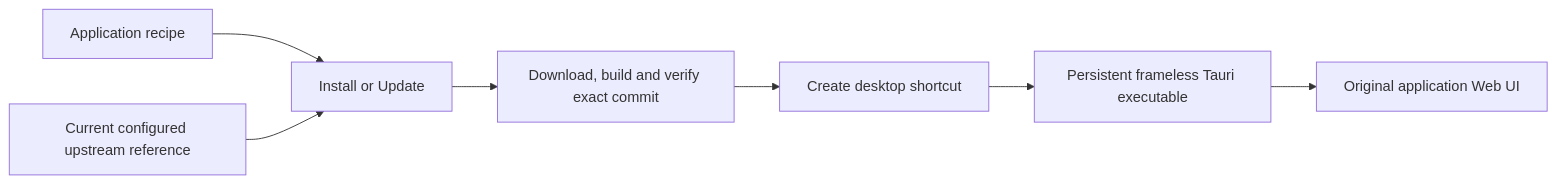
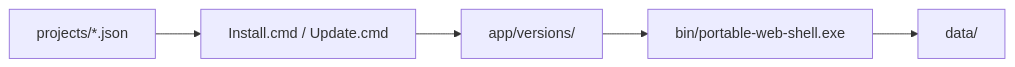
Before and after one commit to walladanger/portable-web-shell: the diagram in README.md, drawn with Mermaid. The commit also changed other lines of this file and 9 other files, not shown here.

````diff
--- a/README.md
+++ b/README.md
@@ -41,9 +21,7 @@
 ```mermaid
 flowchart LR
-  Recipe["Application recipe"] --> Installer["Install or Update"]
-  Upstream["Current configured upstream reference"] --> Installer
-  Installer --> App["Download, build and verify exact commit"]
-  App --> Shortcut["Create desktop shortcut"]
-  Shortcut --> Shell["Persistent frameless Tauri executable"]
-  Shell --> UI["Original application Web UI"]
+  Recipe["projects/*.json"] --> Installer["Install.cmd / Update.cmd"]
+  Installer --> AppVersions["app/versions/<commit>"]
+  AppVersions --> Shell["bin/portable-web-shell.exe"]
+  Shell --> Data["data/"]
 ```
````
